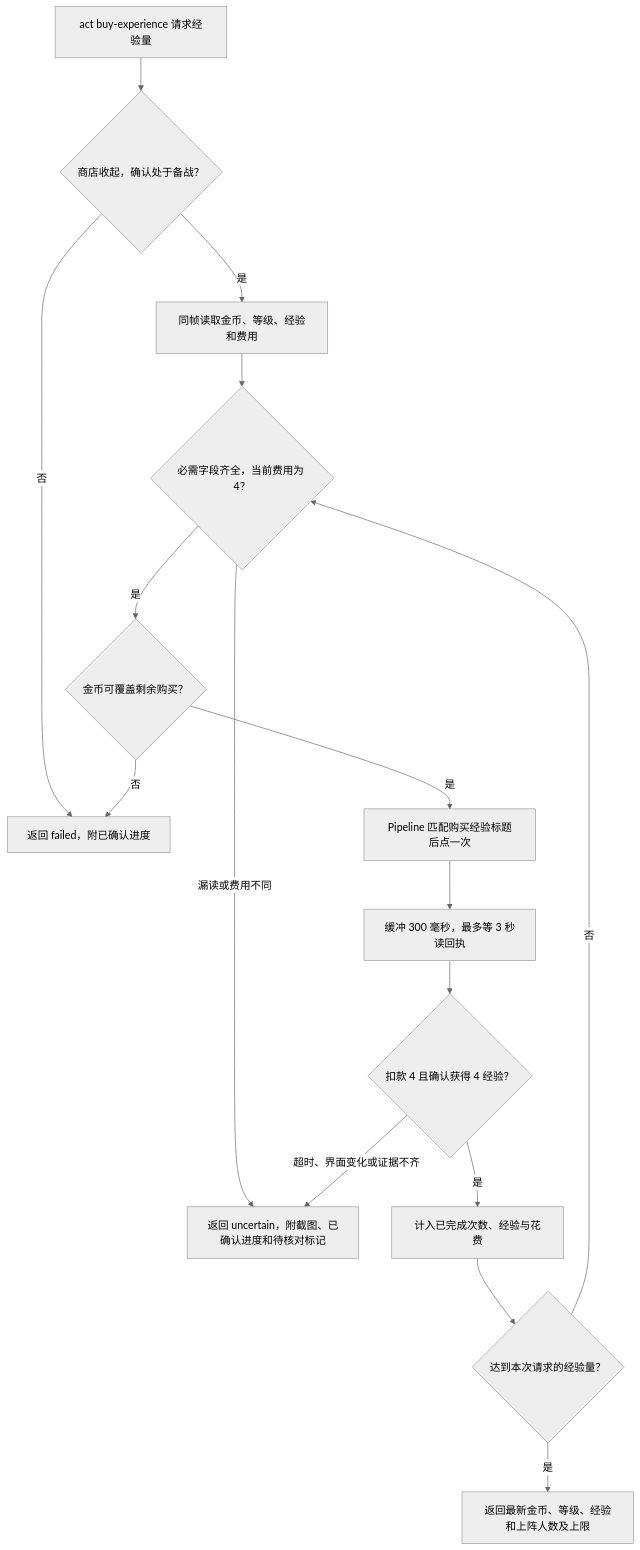
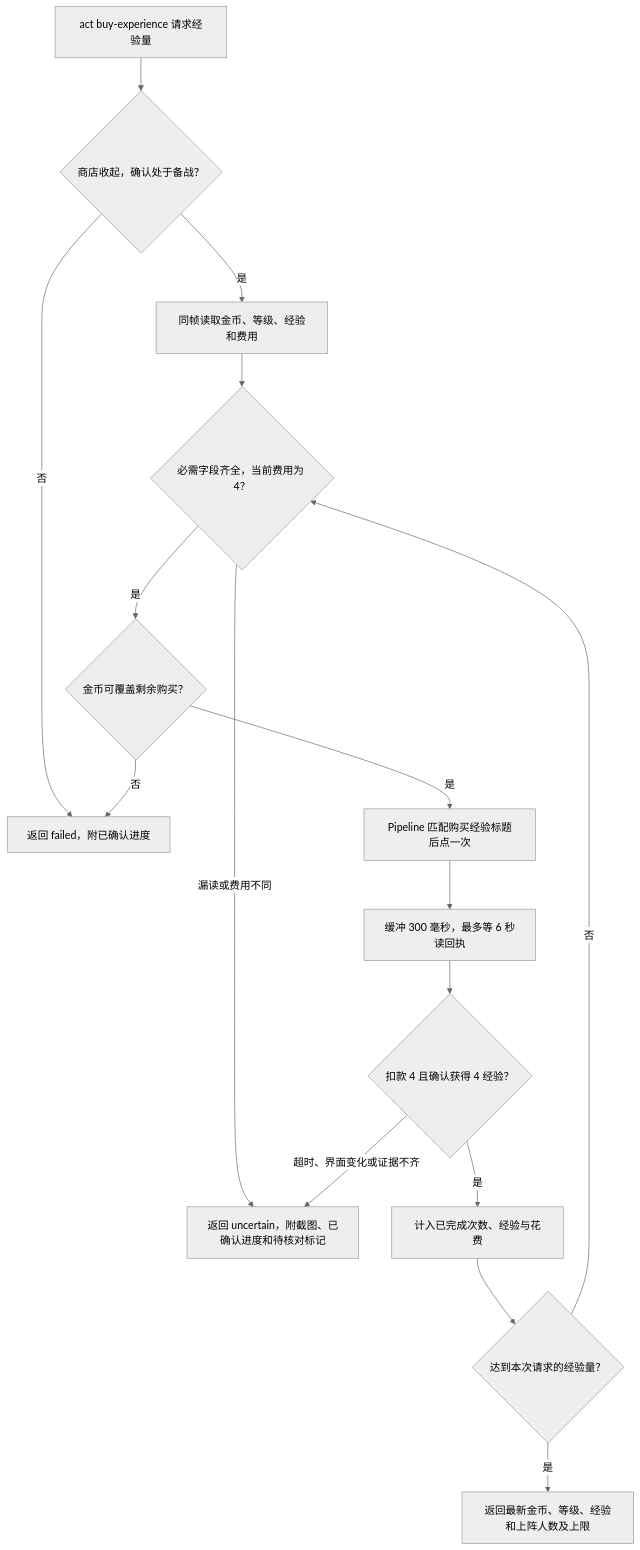
One commit to 23swccp/CurrencyWarsKit changed the diagram in design/experience.md. Above: the diagram before and after it, drawn with Mermaid (neutral theme). The commit also changed other lines of this file and 30 other files, not shown here.

````diff
--- a/design/experience.md
+++ b/design/experience.md
@@ -7,18 +7,18 @@
 ```mermaid
 flowchart TD
     Intent["act buy-experience 请求经验量"] --> Board{"商店收起，确认处于备战？"}
     Board -->|否| Reject["返回 failed，附已确认进度"]
     Board -->|是| Read["同帧读取金币、等级、经验和费用"]
     Read --> Cost{"必需字段齐全，当前费用为 4？"}
     Cost -->|漏读或费用不同| Partial["返回 uncertain，附截图、已确认进度和待核对标记"]
     Cost -->|是| Budget{"金币可覆盖剩余购买？"}
     Budget -->|否| Reject
     Budget -->|是| Click["Pipeline 匹配购买经验标题后点一次"]
-    Click --> Wait["缓冲 300 毫秒，最多等 3 秒读回执"]
+    Click --> Wait["缓冲 300 毫秒，最多等 6 秒读回执"]
     Wait --> Receipt{"扣款 4 且确认获得 4 经验？"}
     Receipt -->|超时、界面变化或证据不齐| Partial
     Receipt -->|是| Progress["计入已完成次数、经验与花费"]
     Progress --> Remain{"达到本次请求的经验量？"}
     Remain -->|否| Cost
     Remain -->|是| Result["返回最新金币、等级、经验和上阵人数及上限"]
 ```
````
